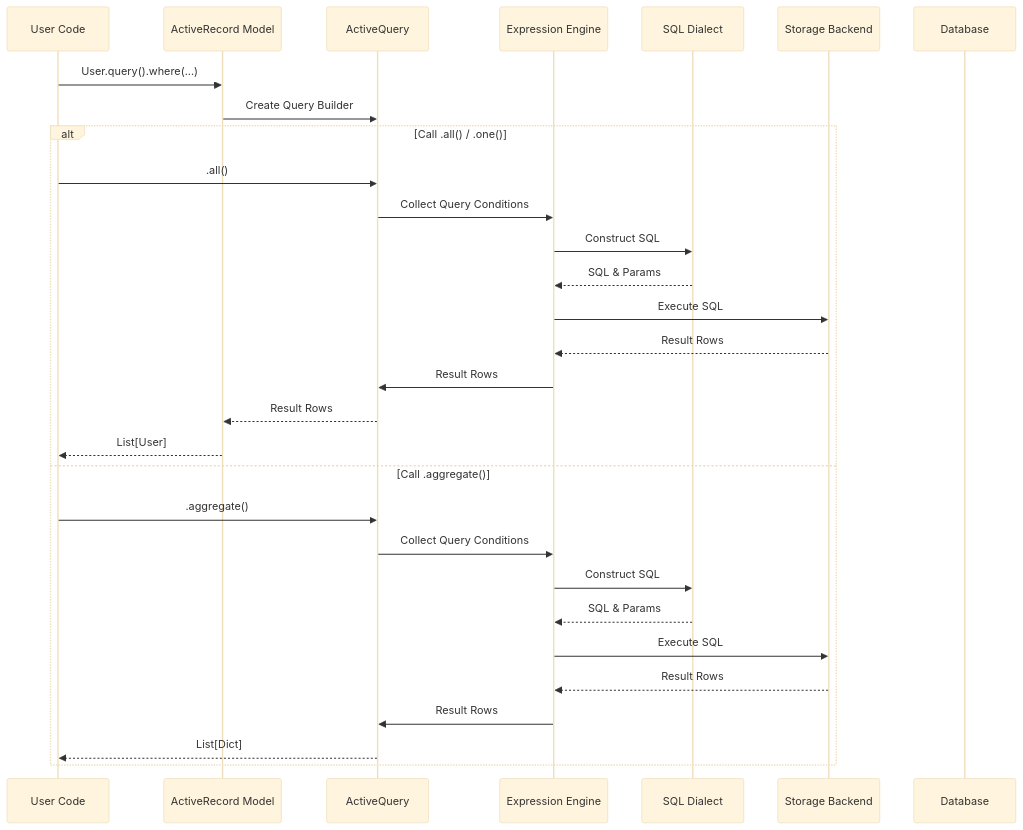
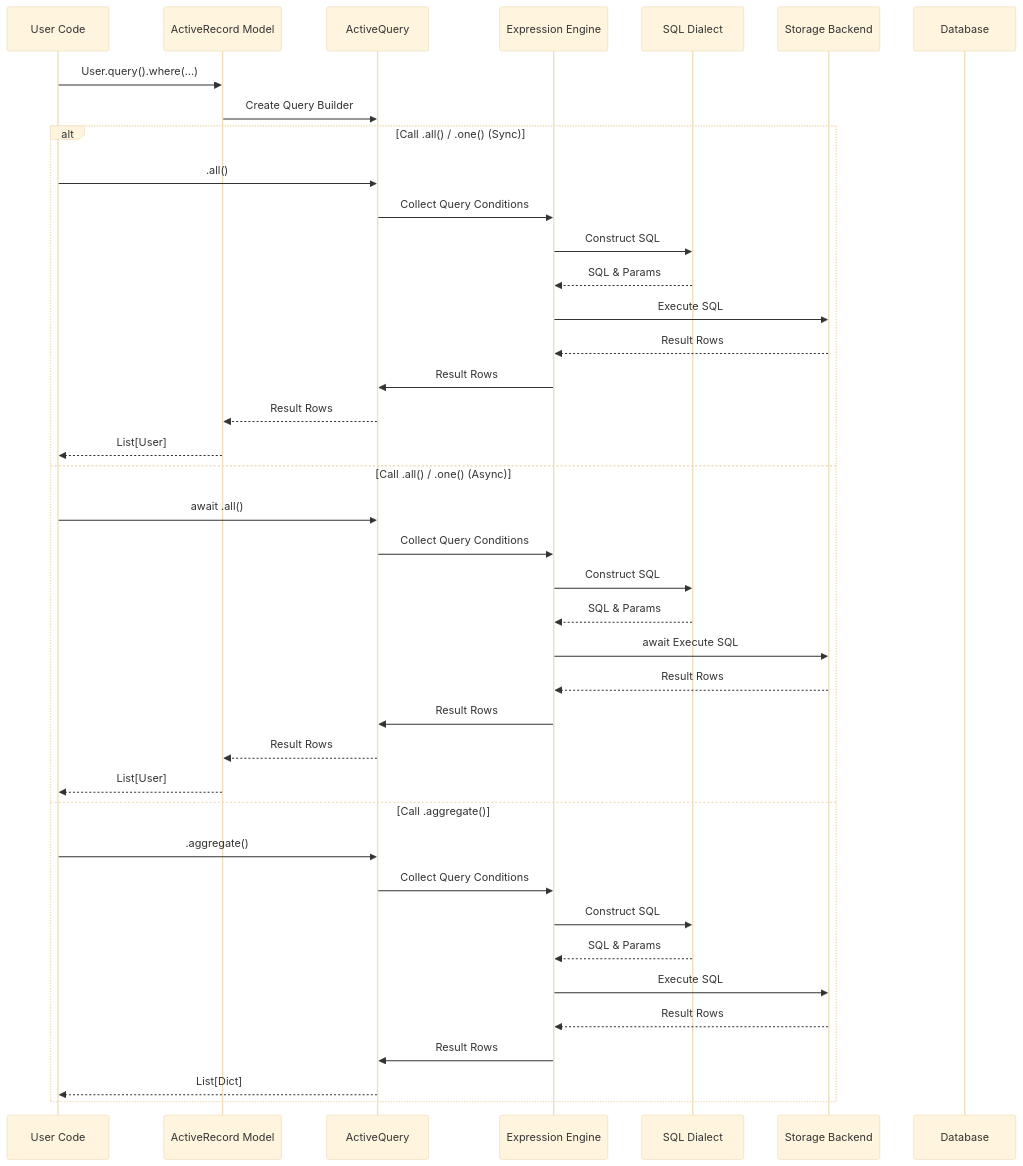
One commit to rhosocial/python-activerecord changed the sixth of 6 diagrams in docs/en_US/introduction/architecture.md. Above: the diagram before and after it, drawn with Mermaid (base theme). The commit also changed other lines of this file and 12 other files, not shown here.

First line of the commit message:
feat(docs): emphasize Sync-Async Parity principle throughout documentation

````diff
--- a/docs/en_US/introduction/architecture.md
+++ b/docs/en_US/introduction/architecture.md
@@ -397,34 +407,44 @@
 ```mermaid
 sequenceDiagram
     participant App as User Code
     participant Model as ActiveRecord Model
     participant Query as ActiveQuery
     participant Expr as Expression Engine
     participant Dialect as SQL Dialect
     participant Backend as Storage Backend
     participant DB as Database
 
     App->>Model: User.query().where(...)
     Model->>Query: Create Query Builder
-    
-    alt Call .all() / .one()
+
+    alt Call .all() / .one() (Sync)
         App->>Query: .all()
         Query->>Expr: Collect Query Conditions
         Expr->>Dialect: Construct SQL
         Dialect-->>Expr: SQL & Params
         Expr->>Backend: Execute SQL
+        Backend-->>Expr: Result Rows
+        Expr->>Query: Result Rows
+        Query-->>Model: Result Rows
+        Model-->>App: List[User]
+    else Call .all() / .one() (Async)
+        App->>Query: await .all()
+        Query->>Expr: Collect Query Conditions
+        Expr->>Dialect: Construct SQL
+        Dialect-->>Expr: SQL & Params
+        Expr->>Backend: await Execute SQL
         Backend-->>Expr: Result Rows
         Expr->>Query: Result Rows
         Query-->>Model: Result Rows
         Model-->>App: List[User]
     else Call .aggregate()
         App->>Query: .aggregate()
         Query->>Expr: Collect Query Conditions
         Expr->>Dialect: Construct SQL
         Dialect-->>Expr: SQL & Params
         Expr->>Backend: Execute SQL
         Backend-->>Expr: Result Rows
         Expr->>Query: Result Rows
         Query-->>App: List[Dict]
     end
 ```
````
